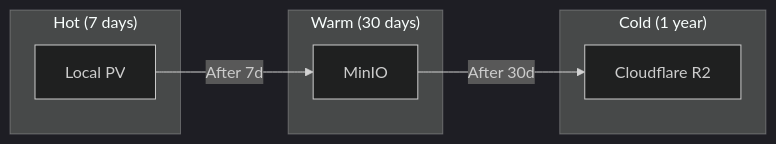
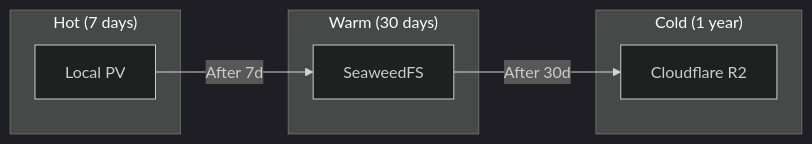
The second of 3 diagrams in platform/grafana/README.md (openova-io/openova), drawn with Mermaid (dark theme) before and after one commit. The commit also changed other lines of this file and 31 other files, not shown here.

First line of the commit message:
docs(seaweedfs+guacamole): replace MinIO with SeaweedFS as unified S3 encapsulation; add Guacamole to bp-relay

````diff
--- a/platform/grafana/README.md
+++ b/platform/grafana/README.md
@@ -80,17 +80,17 @@
 ```mermaid
 flowchart LR
     subgraph Hot["Hot (7 days)"]
         Local[Local PV]
     end
 
     subgraph Warm["Warm (30 days)"]
-        MinIO[MinIO]
+        SeaweedFS[SeaweedFS]
     end
 
     subgraph Cold["Cold (1 year)"]
         R2[Cloudflare R2]
     end
 
-    Local -->|"After 7d"| MinIO
-    MinIO -->|"After 30d"| R2
+    Local -->|"After 7d"| SeaweedFS
+    SeaweedFS -->|"After 30d"| R2
 ```
````
